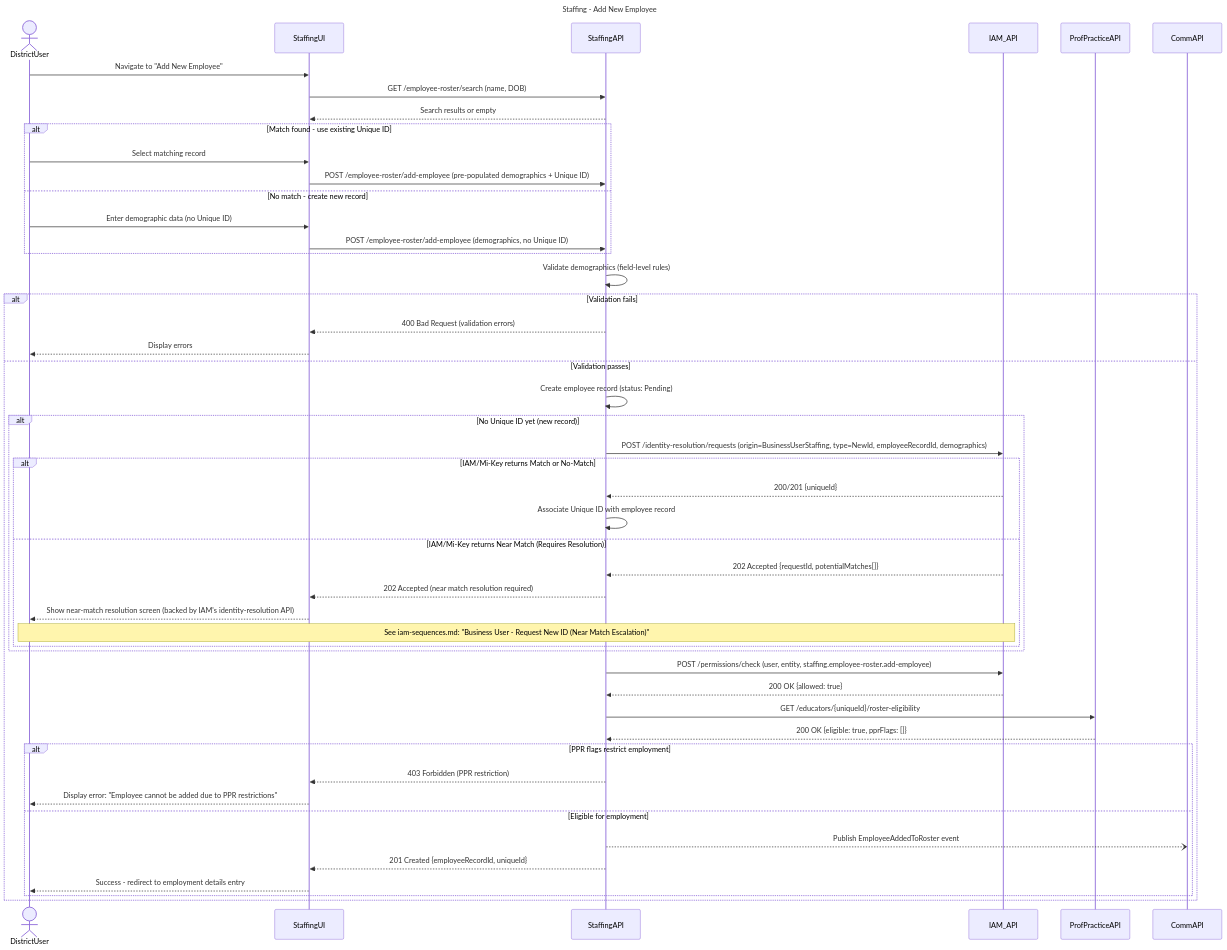
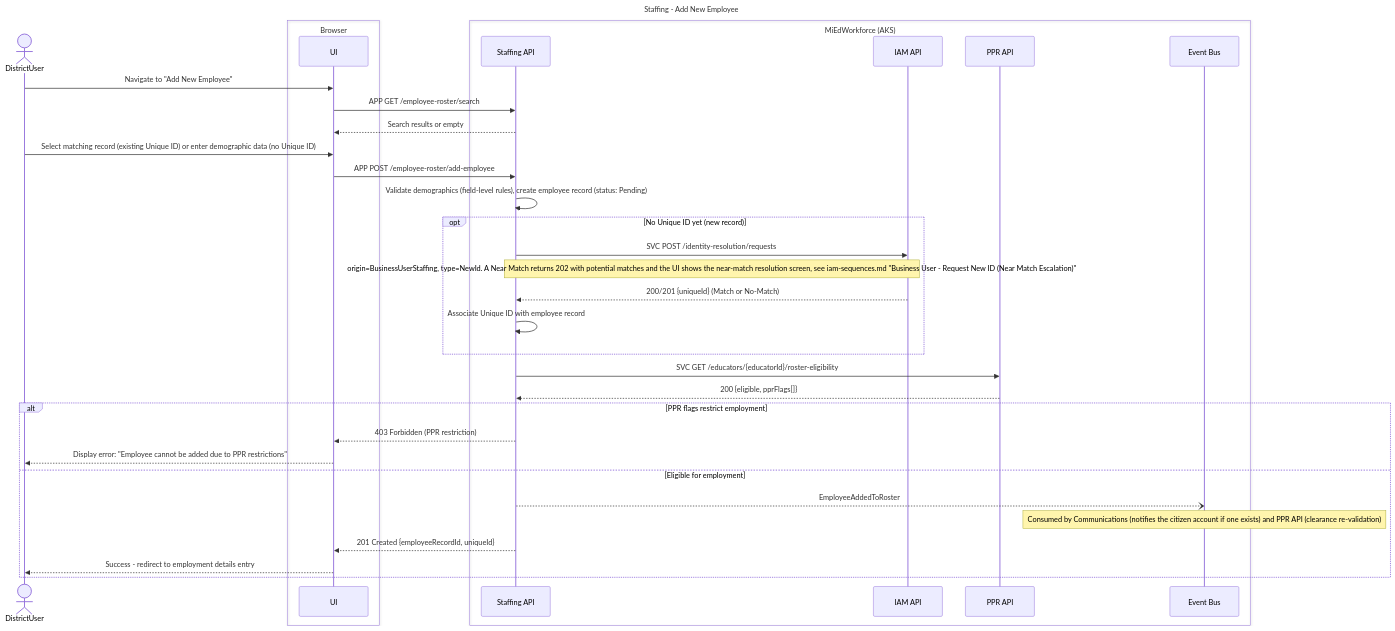
One commit to mnichols-dl/mied-design changed the first of 14 diagrams in working-docs/solution-areas/staffing/staffing-sequences.md. Above: the diagram before and after it, drawn with Mermaid. The commit also changed other lines of this file and 34 other files, not shown here.

Commit message:
Update sequences and perform RTM assessment

````diff
--- a/working-docs/solution-areas/staffing/staffing-sequences.md
+++ b/working-docs/solution-areas/staffing/staffing-sequences.md
@@ -20,62 +23,43 @@
 ```mermaid
 ---
 title: Staffing - Add New Employee
 ---
 sequenceDiagram
     actor DistrictUser
-    participant StaffingUI
-    participant StaffingAPI
-    participant IAM_API
-    participant ProfPracticeAPI
-    participant CommAPI
-    
-    DistrictUser->>StaffingUI: Navigate to "Add New Employee"
-    StaffingUI->>StaffingAPI: GET /employee-roster/search (name, DOB)
-    StaffingAPI-->>StaffingUI: Search results or empty
-    
-    alt Match found - use existing Unique ID
-        DistrictUser->>StaffingUI: Select matching record
-        StaffingUI->>StaffingAPI: POST /employee-roster/add-employee (pre-populated demographics + Unique ID)
-    else No match - create new record
-        DistrictUser->>StaffingUI: Enter demographic data (no Unique ID)
-        StaffingUI->>StaffingAPI: POST /employee-roster/add-employee (demographics, no Unique ID)
+    box Browser
+        participant UI as UI
     end
-    
-    StaffingAPI->>StaffingAPI: Validate demographics (field-level rules)
-    
-    alt Validation fails
-        StaffingAPI-->>StaffingUI: 400 Bad Request (validation errors)
-        StaffingUI-->>DistrictUser: Display errors
-    else Validation passes
-        StaffingAPI->>StaffingAPI: Create employee record (status: Pending)
+    box MiEdWorkforce (AKS)
+        participant StaffingApi as Staffing API
+        participant IamApi as IAM API
+        participant PprApi as PPR API
+        participant EventBus as Event Bus
+    end
 
-        alt No Unique ID yet (new record)
-            StaffingAPI->>IAM_API: POST /identity-resolution/requests (origin=BusinessUserStaffing, type=NewId, employeeRecordId, demographics)
+    DistrictUser->>UI: Navigate to "Add New Employee"
+    UI->>StaffingApi: APP GET /employee-roster/search
+    StaffingApi-->>UI: Search results or empty
+    DistrictUser->>UI: Select matching record (existing Unique ID) or enter demographic data (no Unique ID)
+    UI->>StaffingApi: APP POST /employee-roster/add-employee
+    StaffingApi->>StaffingApi: Validate demographics (field-level rules), create employee record (status: Pending)
 
-            alt IAM/Mi-Key returns Match or No-Match
-                IAM_API-->>StaffingAPI: 200/201 {uniqueId}
-                StaffingAPI->>StaffingAPI: Associate Unique ID with employee record
-            else IAM/Mi-Key returns Near Match (Requires Resolution)
-                IAM_API-->>StaffingAPI: 202 Accepted {requestId, potentialMatches[]}
-                StaffingAPI-->>StaffingUI: 202 Accepted (near match resolution required)
-                StaffingUI-->>DistrictUser: Show near-match resolution screen (backed by IAM's identity-resolution API)
-                Note over DistrictUser,IAM_API: See iam-sequences.md: "Business User - Request New ID (Near Match Escalation)"
-            end
-        end
-        
-        StaffingAPI->>IAM_API: POST /permissions/check (user, entity, staffing.employee-roster.add-employee)
-        IAM_API-->>StaffingAPI: 200 OK {allowed: true}
-        
-        StaffingAPI->>ProfPracticeAPI: GET /educators/{uniqueId}/roster-eligibility
-        ProfPracticeAPI-->>StaffingAPI: 200 OK {eligible: true, pprFlags: []}
-        
-        alt PPR flags restrict employment
-            StaffingAPI-->>StaffingUI: 403 Forbidden (PPR restriction)
-            StaffingUI-->>DistrictUser: Display error: "Employee cannot be added due to PPR restrictions"
-        else Eligible for employment
-            StaffingAPI--)CommAPI: Publish EmployeeAddedToRoster event
-            StaffingAPI-->>StaffingUI: 201 Created {employeeRecordId, uniqueId}
-            StaffingUI-->>DistrictUser: Success - redirect to employment details entry
-        end
+    opt No Unique ID yet (new record)
+        StaffingApi->>IamApi: SVC POST /identity-resolution/requests
+        Note over StaffingApi,IamApi: origin=BusinessUserStaffing, type=NewId. A Near Match returns 202 with potential matches and the UI shows the near-match resolution screen, see iam-sequences.md "Business User - Request New ID (Near Match Escalation)"
+        IamApi-->>StaffingApi: 200/201 {uniqueId} (Match or No-Match)
+        StaffingApi->>StaffingApi: Associate Unique ID with employee record
+    end
+
+    StaffingApi->>PprApi: SVC GET /educators/{educatorId}/roster-eligibility
+    PprApi-->>StaffingApi: 200 {eligible, pprFlags[]}
+
+    alt PPR flags restrict employment
+        StaffingApi-->>UI: 403 Forbidden (PPR restriction)
+        UI-->>DistrictUser: Display error: "Employee cannot be added due to PPR restrictions"
+    else Eligible for employment
+        StaffingApi--)EventBus: EmployeeAddedToRoster
+        Note over EventBus: Consumed by Communications (notifies the citizen account if one exists) and PPR API (clearance re-validation)
+        StaffingApi-->>UI: 201 Created {employeeRecordId, uniqueId}
+        UI-->>DistrictUser: Success - redirect to employment details entry
     end
 ```
````
